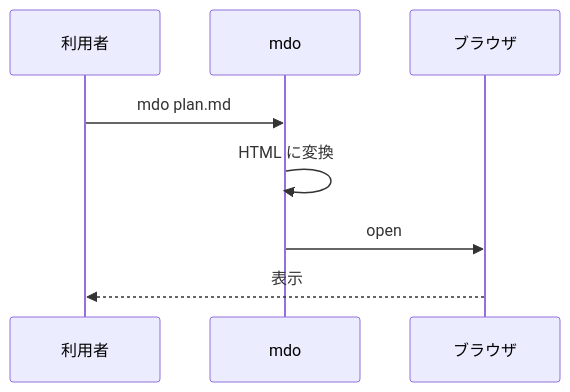
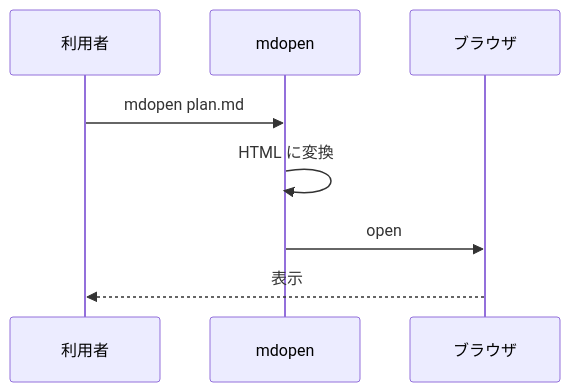
Before and after one commit to gin0606/mdopen: the second of 2 diagrams in testdata/mermaid.md, drawn with Mermaid. The commit also changed other lines of this file and 13 other files, not shown here.

````diff
--- a/testdata/mermaid.md
+++ b/testdata/mermaid.md
@@ -17,10 +17,10 @@
 ```mermaid
 sequenceDiagram
     participant U as 利用者
-    participant M as mdo
+    participant M as mdopen
     participant B as ブラウザ
-    U->>M: mdo plan.md
+    U->>M: mdopen plan.md
     M->>M: HTML に変換
     M->>B: open
     B-->>U: 表示
 ```
````
